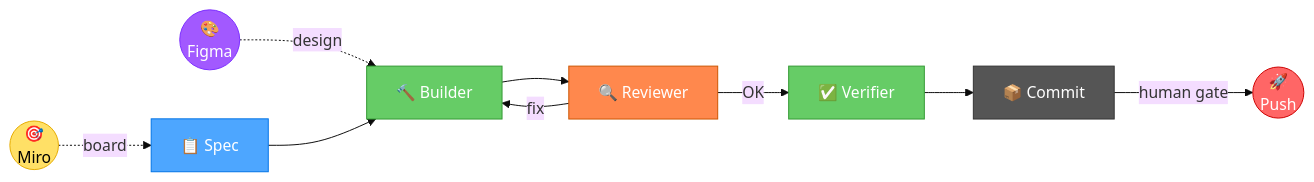
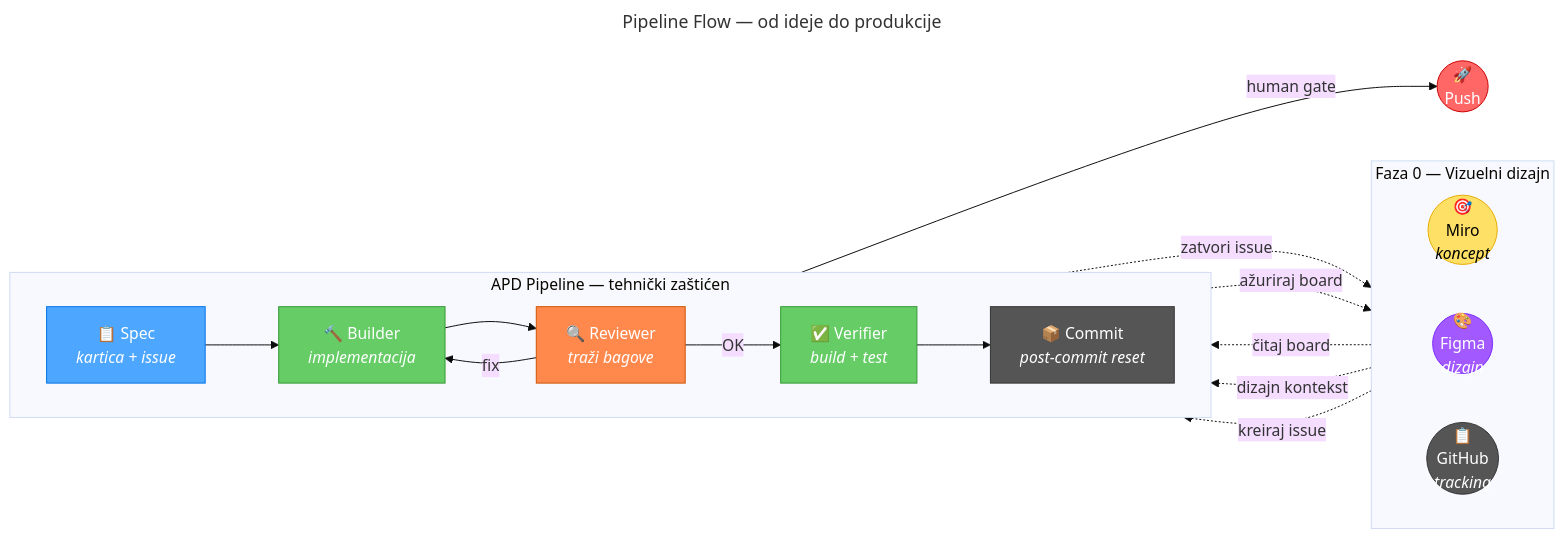
The second of 2 diagrams in README.sr.md (zstevovich/claude-apd), drawn with Mermaid (base theme) before and after one commit. The commit also changed other lines of this file and 2 other files, not shown here.

First line of the commit message:
feat: new architecture diagrams (20 patterns grid) + gitignore cleanup

````diff
--- a/README.sr.md
+++ b/README.sr.md
@@ -16,21 +84,44 @@
 ```mermaid
+---
+title: "Pipeline Flow — od ideje do produkcije"
+---
 graph LR
-    MIRO(("🎯<br/>Miro")) -.->|board| SPEC
-    FIGMA(("🎨<br/>Figma")) -.->|design| BUILDER
+    subgraph upstream ["Faza 0 — Vizuelni dizajn"]
+        direction LR
+        MIRO(("🎯<br/>Miro<br/><i>koncept</i>"))
+        FIGMA(("🎨<br/>Figma<br/><i>dizajn</i>"))
+        GHP(("📋<br/>GitHub<br/><i>tracking</i>"))
+    end
 
-    SPEC["📋 Spec"] --> BUILDER["🔨 Builder"]
-    BUILDER --> REVIEWER["🔍 Reviewer"]
-    REVIEWER -->|OK| VERIFIER["✅ Verifier"]
-    REVIEWER -->|fix| BUILDER
-    VERIFIER --> COMMIT["📦 Commit"]
-    COMMIT -->|human gate| PUSH(("🚀<br/>Push"))
+    subgraph pipeline ["APD Pipeline — tehnički zaštićen"]
+        direction LR
+        SPEC["📋 Spec<br/><i>kartica + issue</i>"]
+        BUILDER["🔨 Builder<br/><i>implementacija</i>"]
+        REVIEWER["🔍 Reviewer<br/><i>traži bagove</i>"]
+        VERIFIER["✅ Verifier<br/><i>build + test</i>"]
+        COMMIT["📦 Commit<br/><i>post-commit reset</i>"]
+    end
+
+    MIRO -.->|"čitaj board"| SPEC
+    FIGMA -.->|"dizajn kontekst"| BUILDER
+    GHP -.->|"kreiraj issue"| SPEC
+
+    SPEC --> BUILDER
+    BUILDER --> REVIEWER
+    REVIEWER -->|"OK"| VERIFIER
+    REVIEWER -->|"fix"| BUILDER
+    VERIFIER --> COMMIT
+    COMMIT -->|"human gate"| PUSH(("🚀<br/>Push"))
+    COMMIT -.->|"zatvori issue"| GHP
+    COMMIT -.->|"ažuriraj board"| MIRO
 
     style MIRO fill:#ffe066,stroke:#e6ac00,color:#000
     style FIGMA fill:#a259ff,stroke:#7b2eff,color:#fff
+    style GHP fill:#555,stroke:#333,color:#fff
     style SPEC fill:#4da6ff,stroke:#0073e6,color:#fff
     style BUILDER fill:#66cc66,stroke:#339933,color:#fff
     style REVIEWER fill:#ff884d,stroke:#cc5500,color:#fff
     style VERIFIER fill:#66cc66,stroke:#339933,color:#fff
     style COMMIT fill:#555,stroke:#333,color:#fff
     style PUSH fill:#ff6666,stroke:#cc0000,color:#fff
 ```
````
